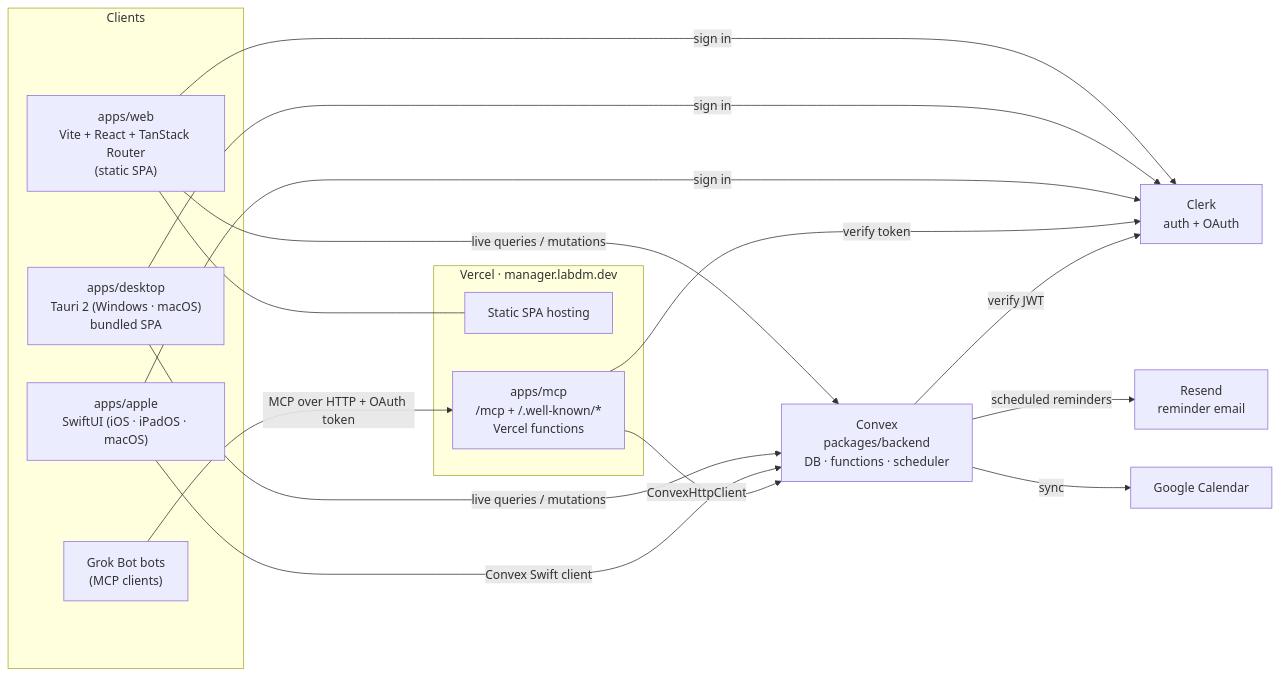
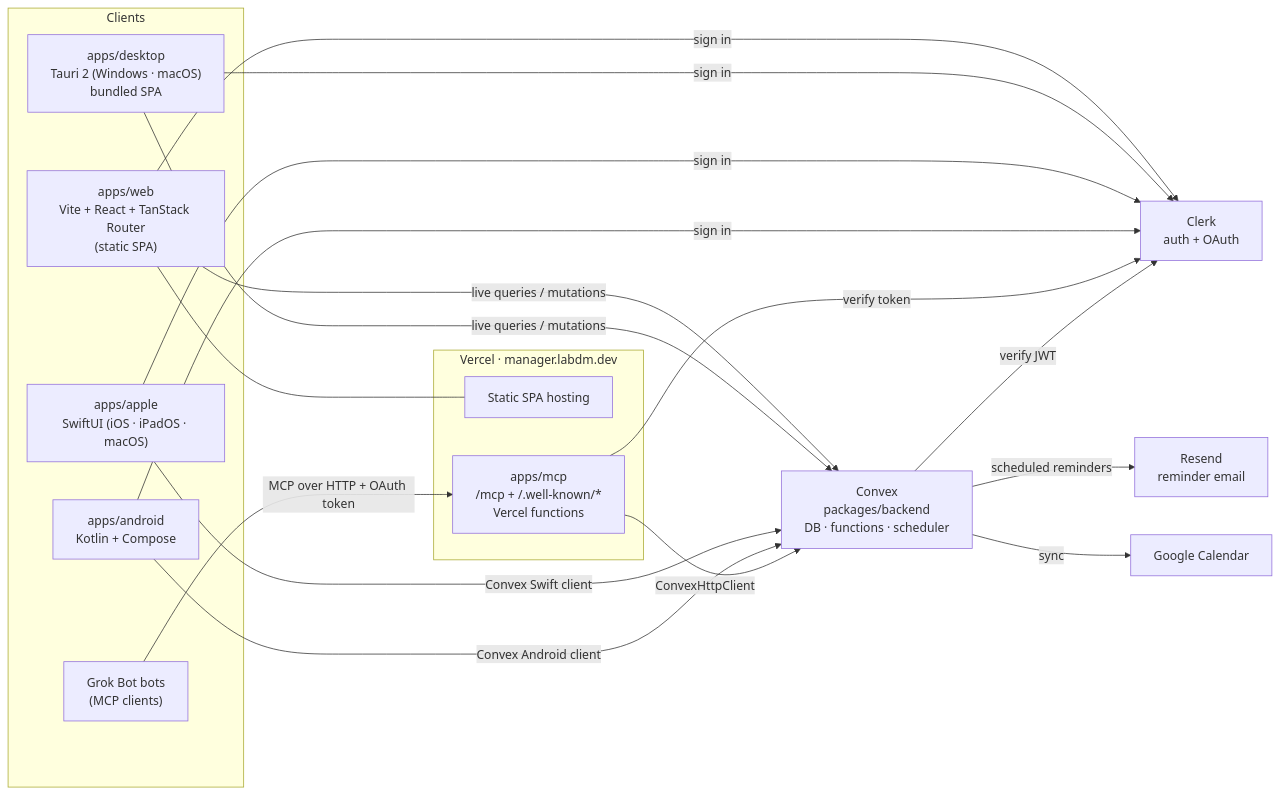
Before and after one commit to labdm/manager: the first of 2 diagrams in docs/architecture.md, drawn with Mermaid. The commit also changed other lines of this file and 44 other files, not shown here.

First line of the commit message:
feat: add native Android client and release job

````diff
--- a/docs/architecture.md
+++ b/docs/architecture.md
@@ -7,31 +7,33 @@
 ```mermaid
 flowchart LR
   subgraph Clients
     WEB["apps/web<br/>Vite + React + TanStack Router<br/>(static SPA)"]
     DESK["apps/desktop<br/>Tauri 2 (Windows · macOS)<br/>bundled SPA"]
     APPLE["apps/apple<br/>SwiftUI (iOS · iPadOS · macOS)"]
+    ANDROID["apps/android<br/>Kotlin + Compose"]
     BOTS["Grok Bot bots<br/>(MCP clients)"]
   end
 
   subgraph Vercel["Vercel · manager.labdm.dev"]
     STATIC["Static SPA hosting"]
     MCP["apps/mcp<br/>/mcp + /.well-known/*<br/>Vercel functions"]
   end
 
   CLERK["Clerk<br/>auth + OAuth"]
   CONVEX["Convex<br/>packages/backend<br/>DB · functions · scheduler"]
   RESEND["Resend<br/>reminder email"]
   GCAL["Google Calendar"]
 
   WEB --- STATIC
   WEB -- live queries / mutations --> CONVEX
   DESK -- live queries / mutations --> CONVEX
   APPLE -- Convex Swift client --> CONVEX
+  ANDROID -- Convex Android client --> CONVEX
   BOTS -- MCP over HTTP + OAuth token --> MCP
   MCP -- ConvexHttpClient --> CONVEX
-  WEB & DESK & APPLE -- sign in --> CLERK
+  WEB & DESK & APPLE & ANDROID -- sign in --> CLERK
   MCP -- verify token --> CLERK
   CONVEX -- verify JWT --> CLERK
   CONVEX -- scheduled reminders --> RESEND
   CONVEX -- sync --> GCAL
 ```
````
